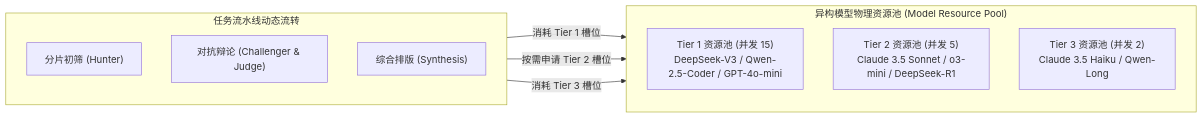
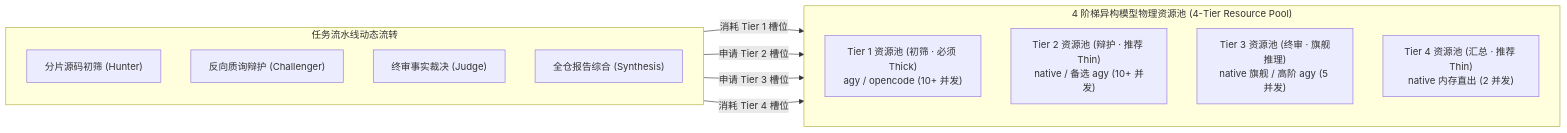
Before and after one commit to fugui/code-shield: the third of 4 diagrams in docs/02-architecture/02-scanner-engines/03-智能体协作与异构调度深度设计.md, drawn with Mermaid. The commit also changed other lines of this file and 6 other files, not shown here.

````diff
--- a/docs/02-architecture/02-scanner-engines/03-智能体协作与异构调度深度设计.md
+++ b/docs/02-architecture/02-scanner-engines/03-智能体协作与异构调度深度设计.md
@@ -222,16 +223,18 @@
 ```mermaid
 flowchart LR
-    subgraph ResourcePool ["异构模型物理资源池 (Model Resource Pool)"]
+    subgraph ResourcePool ["4 阶梯异构模型物理资源池 (4-Tier Resource Pool)"]
         direction TB
-        R_Tier1["Tier 1 资源池 (并发 15)<br>DeepSeek-V3 / Qwen-2.5-Coder / GPT-4o-mini"]
-        R_Tier2["Tier 2 资源池 (并发 5)<br>Claude 3.5 Sonnet / o3-mini / DeepSeek-R1"]
-        R_Tier3["Tier 3 资源池 (并发 2)<br>Claude 3.5 Haiku / Qwen-Long"]
+        R_Tier1["Tier 1 资源池 (初筛 · 必须 Thick)<br>agy / opencode (10+ 并发)"]
+        R_Tier2["Tier 2 资源池 (辩护 · 推荐 Thin)<br>native / 备选 agy (10+ 并发)"]
+        R_Tier3["Tier 3 资源池 (终审 · 旗舰推理)<br>native 旗舰 / 高阶 agy (5 并发)"]
+        R_Tier4["Tier 4 资源池 (汇总 · 推荐 Thin)<br>native 内存直出 (2 并发)"]
     end
 
     subgraph PipelineFlow ["任务流水线动态流转"]
         direction TB
-        P_Chunk["分片初筛 (Hunter)"] -->|消耗 Tier 1 槽位| R_Tier1
-        P_Debate["对抗辩论 (Challenger & Judge)"] -->|按需申请 Tier 2 槽位| R_Tier2
-        P_Synthesis["综合排版 (Synthesis)"] -->|消耗 Tier 3 槽位| R_Tier3
+        P_Chunk["分片源码初筛 (Hunter)"] -->|消耗 Tier 1 槽位| R_Tier1
+        P_Challenger["反向质询辩护 (Challenger)"] -->|申请 Tier 2 槽位| R_Tier2
+        P_Judge["终审事实裁决 (Judge)"] -->|申请 Tier 3 槽位| R_Tier3
+        P_Synthesis["全仓报告综合 (Synthesis)"] -->|消耗 Tier 4 槽位| R_Tier4
     end
 ```
````
